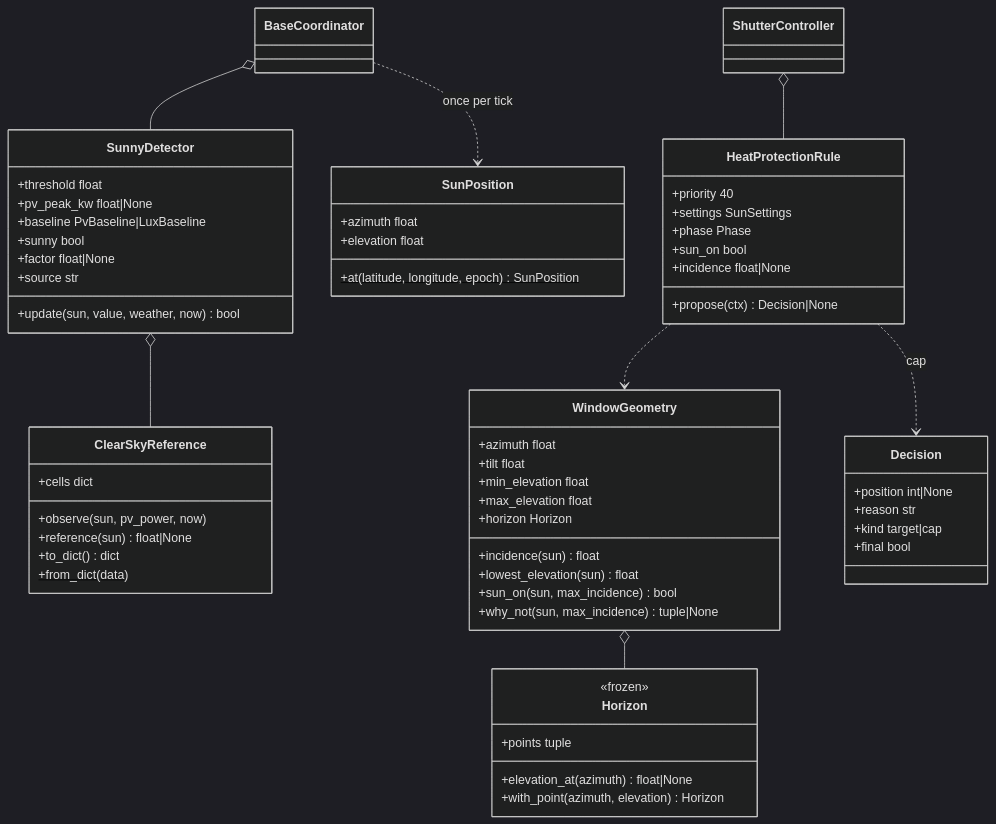
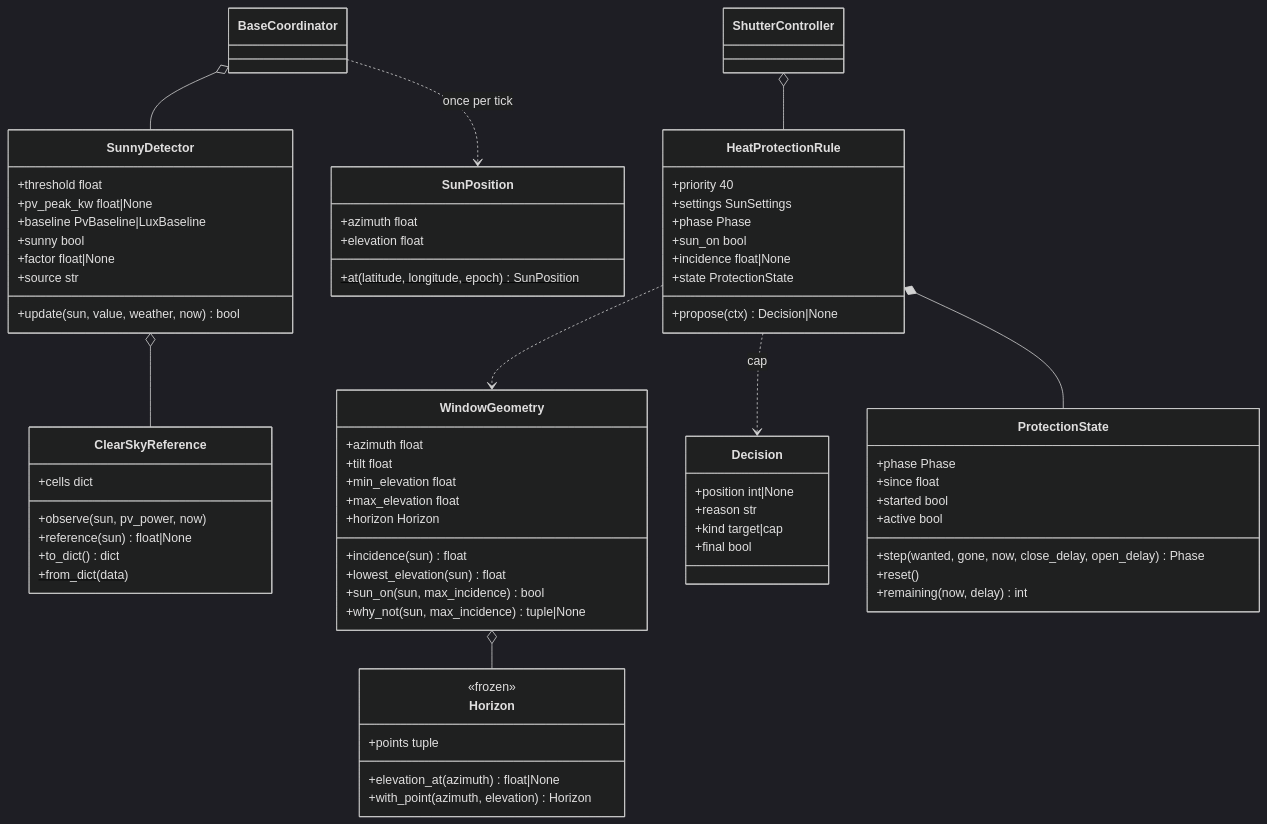
One commit to abroeders/smart-shutter-control changed diagram 11 of 43 in docs/architecture.md. Above: the diagram before and after it, drawn with Mermaid (dark theme). The commit also changed other lines of this file and 18 other files, not shown here.

````diff
--- a/docs/architecture.md
+++ b/docs/architecture.md
@@ -434,63 +438,74 @@
 ```mermaid
 classDiagram
     direction TB
     class SunPosition {
         +azimuth float
         +elevation float
         +at(latitude, longitude, epoch)$ SunPosition
     }
     class WindowGeometry {
         +azimuth float
         +tilt float
         +min_elevation float
         +max_elevation float
         +horizon Horizon
         +incidence(sun) float
         +lowest_elevation(sun) float
         +sun_on(sun, max_incidence) bool
         +why_not(sun, max_incidence) tuple|None
     }
     class Horizon {
         <<frozen>>
         +points tuple
         +elevation_at(azimuth) float|None
         +with_point(azimuth, elevation) Horizon
     }
     WindowGeometry o-- Horizon
     class ClearSkyReference {
         +cells dict
         +observe(sun, pv_power, now)
         +reference(sun) float|None
         +to_dict() dict
         +from_dict(data)$
     }
     class SunnyDetector {
         +threshold float
         +pv_peak_kw float|None
         +baseline PvBaseline|LuxBaseline
         +sunny bool
         +factor float|None
         +source str
         +update(sun, value, weather, now) bool
     }
     class HeatProtectionRule {
         +priority 40
         +settings SunSettings
         +phase Phase
         +sun_on bool
         +incidence float|None
+        +state ProtectionState
         +propose(ctx) Decision|None
+    }
+    class ProtectionState {
+        +phase Phase
+        +since float
+        +started bool
+        +active bool
+        +step(wanted, gone, now, close_delay, open_delay) Phase
+        +reset()
+        +remaining(now, delay) int
     }
     class Decision {
         +position int|None
         +reason str
         +kind target|cap
         +final bool
     }
     SunnyDetector o-- ClearSkyReference
     HeatProtectionRule ..> WindowGeometry
     HeatProtectionRule ..> Decision : cap
+    HeatProtectionRule *-- ProtectionState
     BaseCoordinator o-- SunnyDetector
     BaseCoordinator ..> SunPosition : once per tick
     ShutterController o-- HeatProtectionRule
 ```
````
